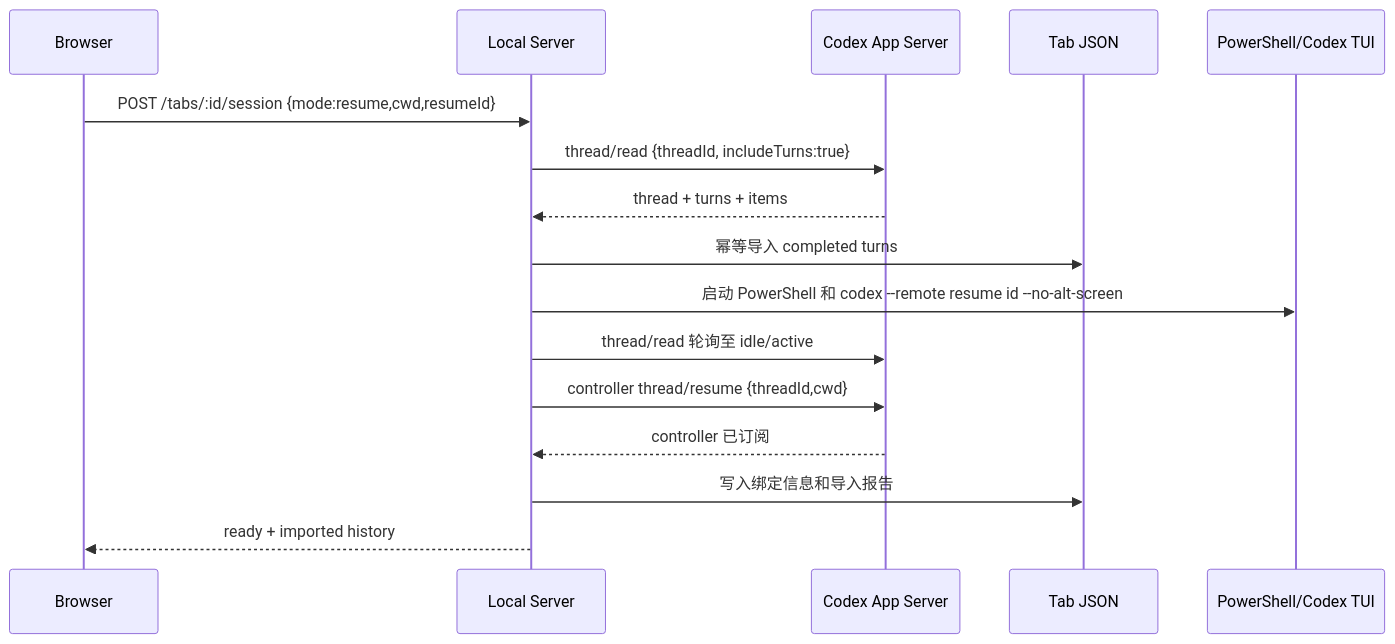
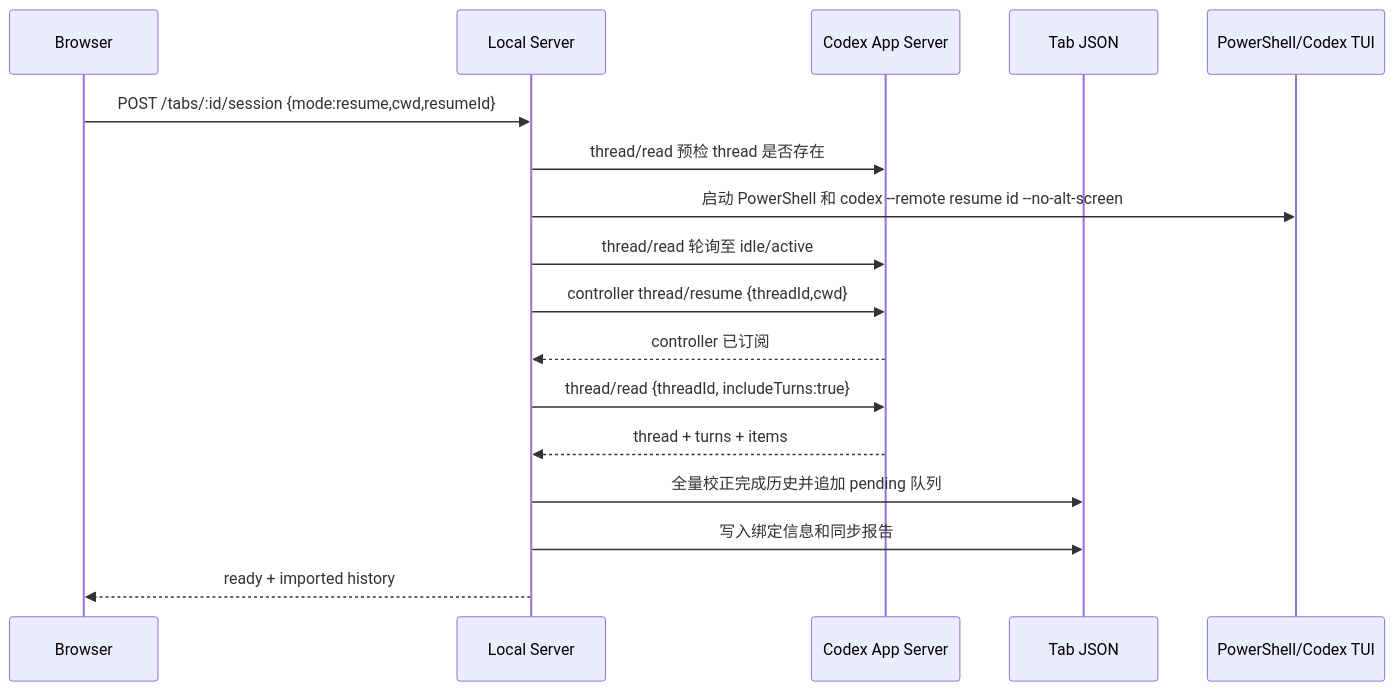
The third of 5 diagrams in docs/IMPLEMENTATION_SPEC.md (xpc16/Codex-Promptor), drawn with Mermaid before and after one commit. The commit also changed other lines of this file and 33 other files, not shown here.

````diff
--- a/docs/IMPLEMENTATION_SPEC.md
+++ b/docs/IMPLEMENTATION_SPEC.md
@@ -313,19 +329,20 @@
 ```mermaid
 sequenceDiagram
     participant UI as Browser
     participant API as Local Server
     participant AS as Codex App Server
     participant Disk as Tab JSON
     participant PTY as PowerShell/Codex TUI
 
     UI->>API: POST /tabs/:id/session {mode:resume,cwd,resumeId}
-    API->>AS: thread/read {threadId, includeTurns:true}
-    AS-->>API: thread + turns + items
-    API->>Disk: 幂等导入 completed turns
+    API->>AS: thread/read 预检 thread 是否存在
     API->>PTY: 启动 PowerShell 和 codex --remote resume id --no-alt-screen
     API->>AS: thread/read 轮询至 idle/active
     API->>AS: controller thread/resume {threadId,cwd}
     AS-->>API: controller 已订阅
-    API->>Disk: 写入绑定信息和导入报告
+    API->>AS: thread/read {threadId, includeTurns:true}
+    AS-->>API: thread + turns + items
+    API->>Disk: 全量校正完成历史并追加 pending 队列
+    API->>Disk: 写入绑定信息和同步报告
     API-->>UI: ready + imported history
 ```
````
